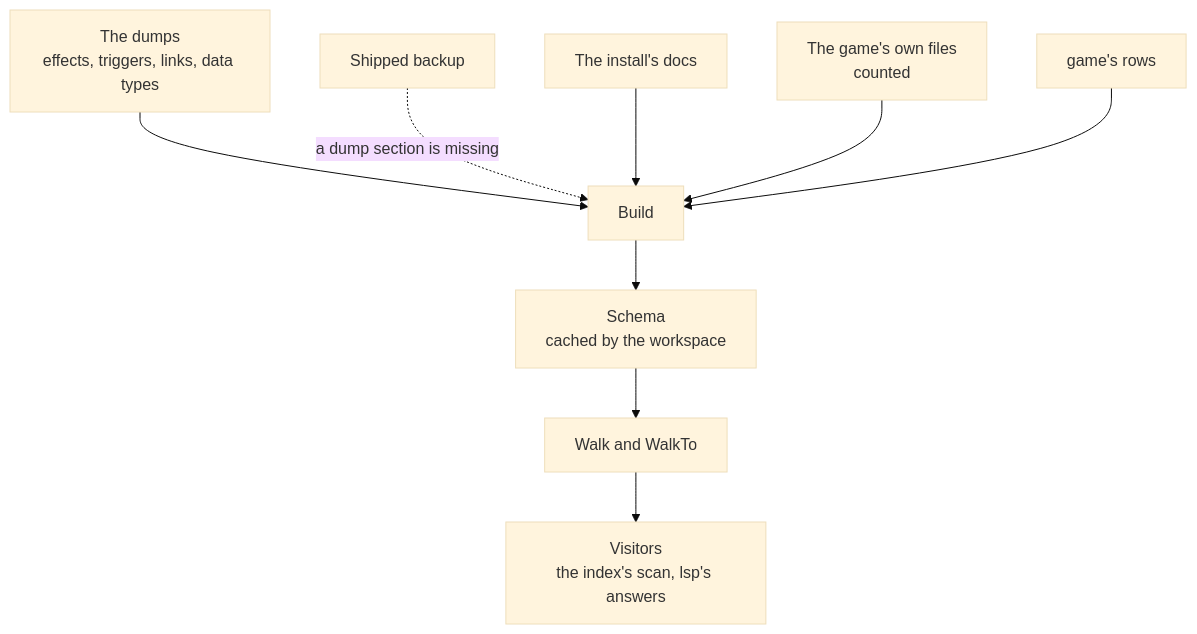
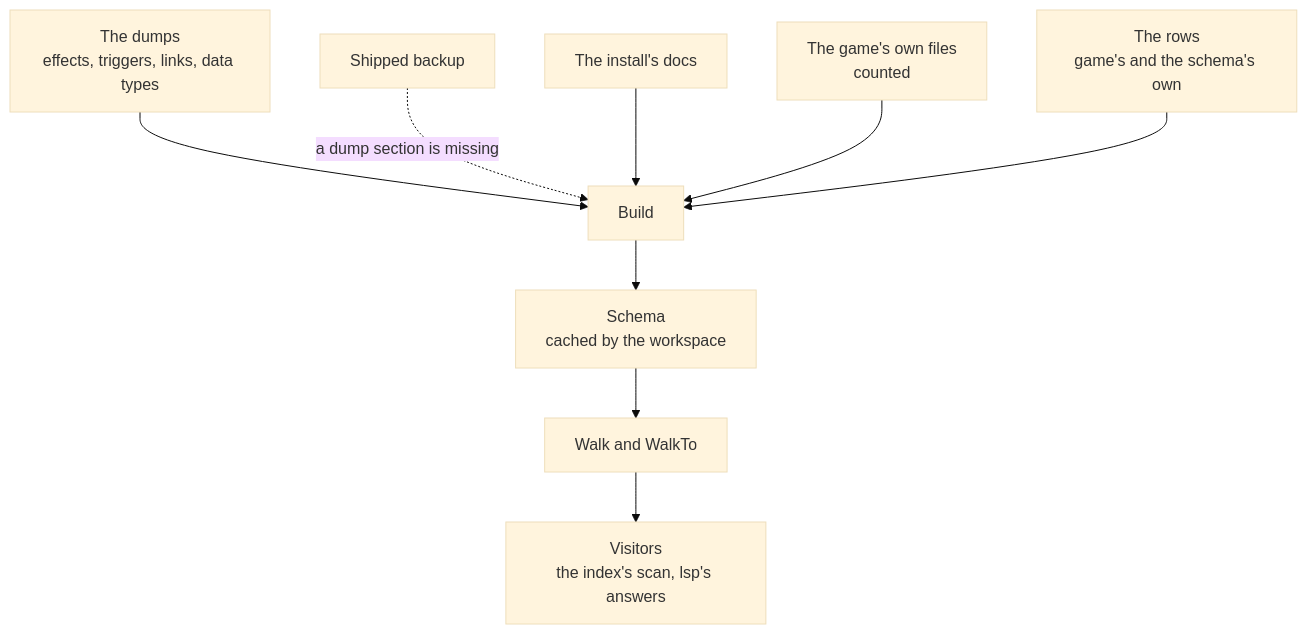
The diagram in internal/schema/README.md (idodavis/paradox-modding-tools), drawn with Mermaid (base theme) before and after one commit. The commit also changed other lines of this file and 104 other files, not shown here.

````diff
--- a/internal/schema/README.md
+++ b/internal/schema/README.md
@@ -22,11 +24,11 @@
 ```mermaid
 flowchart TD
   dumps["The dumps<br/>effects, triggers, links, data types"] --> build
   shipped["Shipped backup"] -.->|a dump section is missing| build
   docs["The install's docs"] --> build
   own["The game's own files<br/>counted"] --> build
-  rows["game's rows"] --> build
+  rows["The rows<br/>game's and the schema's own"] --> build
   build["Build"] --> schema["Schema<br/>cached by the workspace"]
   schema --> walk["Walk and WalkTo"]
   walk --> visitors["Visitors<br/>the index's scan, lsp's answers"]
 ```
````
